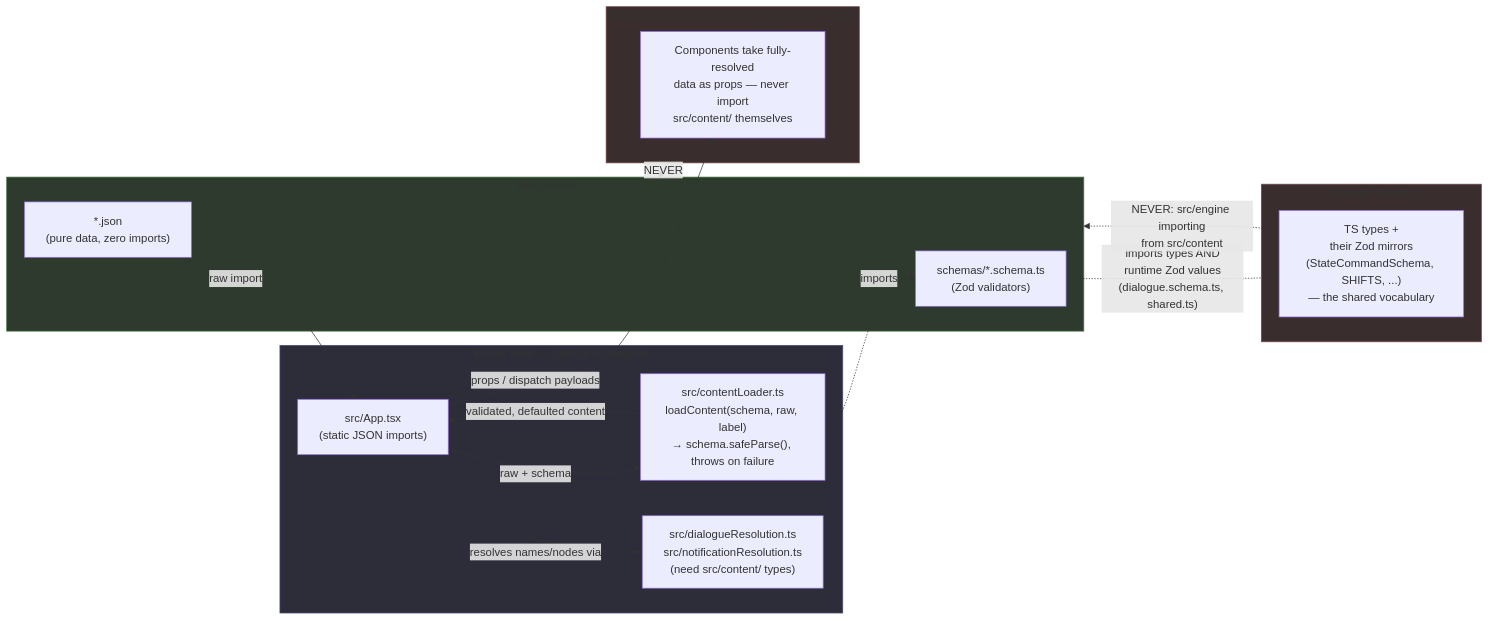
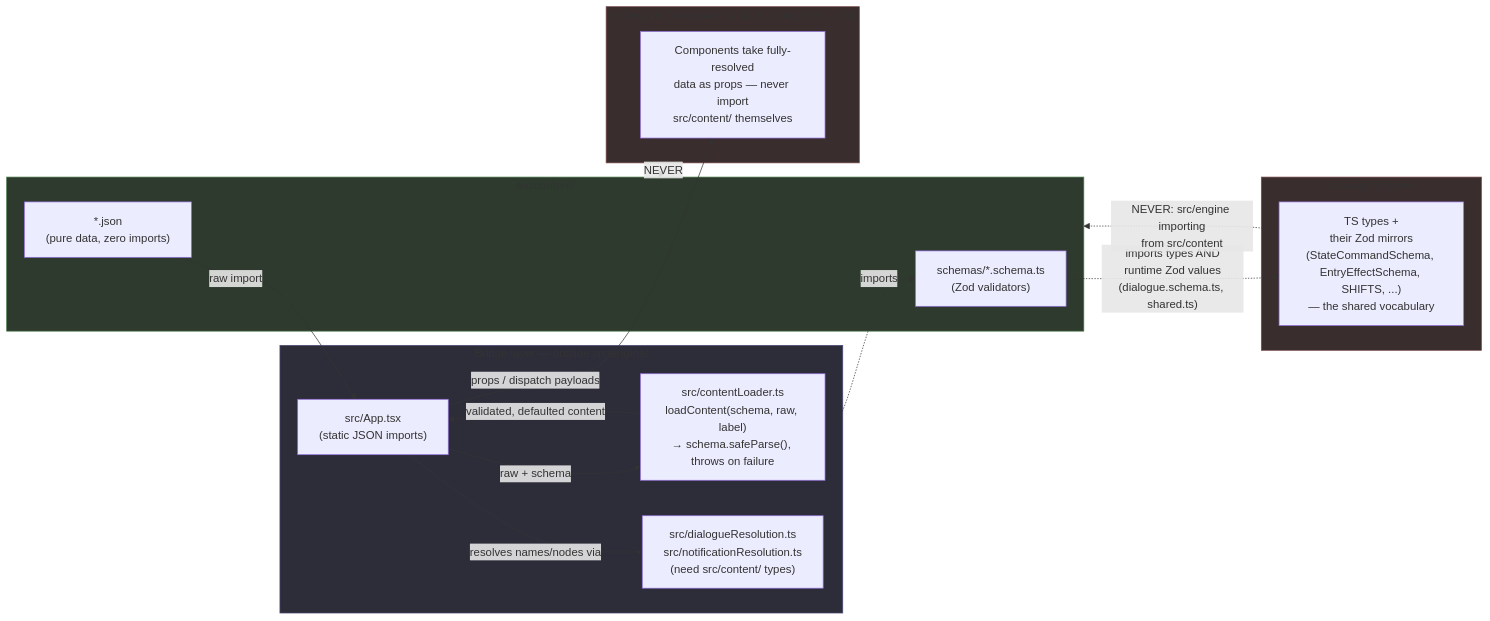
One commit to GSoster/broadsheet-rapier changed the fifth of 5 diagrams in docs/engine.md. Above: the diagram before and after it, drawn with Mermaid. The commit also changed other lines of this file and 20 other files, not shown here.

````diff
--- a/docs/engine.md
+++ b/docs/engine.md
@@ -269,38 +290,38 @@
 ```mermaid
 flowchart LR
     subgraph Content["src/content/"]
         JSON["*.json<br/>(pure data, zero imports)"]
         Schemas["schemas/*.schema.ts<br/>(Zod validators)"]
     end
 
     subgraph Bridge["Bridge layer — outside src/engine/"]
         App["src/App.tsx<br/>(static JSON imports)"]
         Loader["src/contentLoader.ts<br/>loadContent(schema, raw, label)<br/>→ schema.safeParse(), throws on failure"]
         Resolution["src/dialogueResolution.ts<br/>src/notificationResolution.ts<br/>(need src/content/ types)"]
     end
 
     subgraph EngineT["src/engine/types/"]
-        Types["TS types +<br/>their Zod mirrors<br/>(StateCommandSchema, SHIFTS, ...)<br/>— the shared vocabulary"]
+        Types["TS types +<br/>their Zod mirrors<br/>(StateCommandSchema, EntryEffectSchema, SHIFTS, ...)<br/>— the shared vocabulary"]
     end
 
     subgraph Engine["src/engine/ (components, store, minigames, utils)"]
         Comp["Components take fully-resolved<br/>data as props — never import<br/>src/content/ themselves"]
     end
 
     JSON -->|raw import| App
     App -->|"raw + schema"| Loader
     Loader -->|"validated, defaulted content"| App
     App -->|"props / dispatch payloads"| Comp
     App -->|resolves names/nodes via| Resolution
 
     Schemas -.->|"imports types AND\nruntime Zod values\n(dialogue.schema.ts, shared.ts)"| Types
     Loader -.->|imports| Schemas
 
     Types -.->|"NEVER: src/engine importing\nfrom src/content"| Content
     Engine -.->|"NEVER"| Content
 
     style Content fill:#2d3a2d,stroke:#4a7a4a
     style Bridge fill:#2d2d3a,stroke:#4a4a7a
     style EngineT fill:#3a2d2d,stroke:#7a4a4a
     style Engine fill:#3a2d2d,stroke:#7a4a4a
 ```
````
